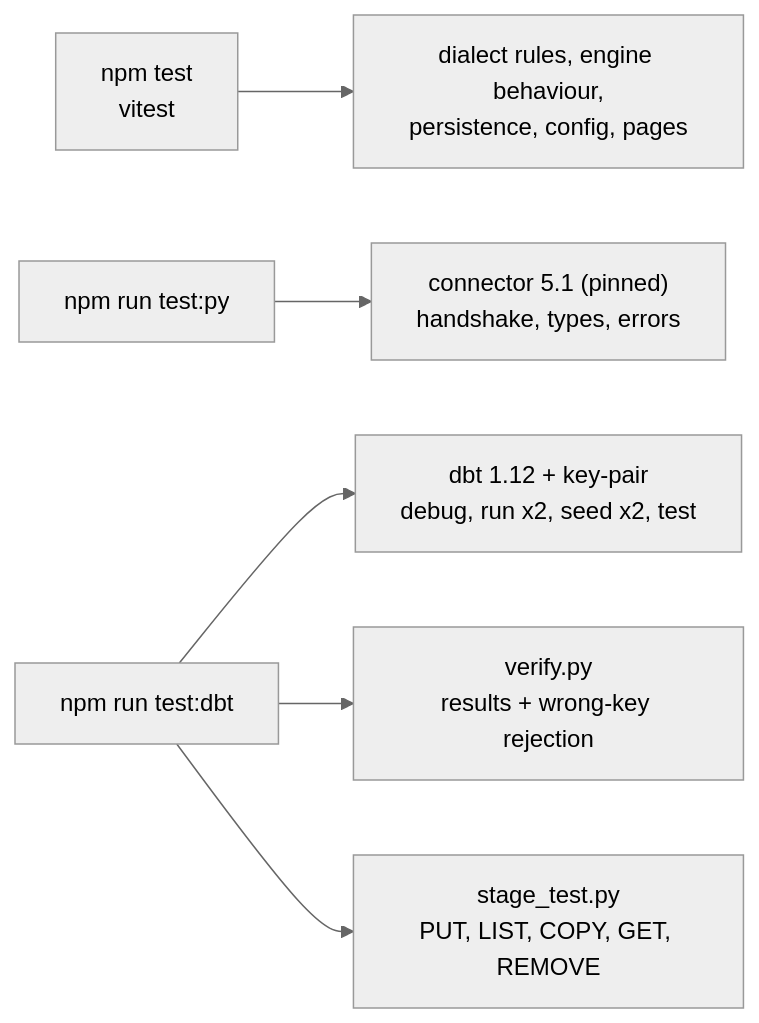
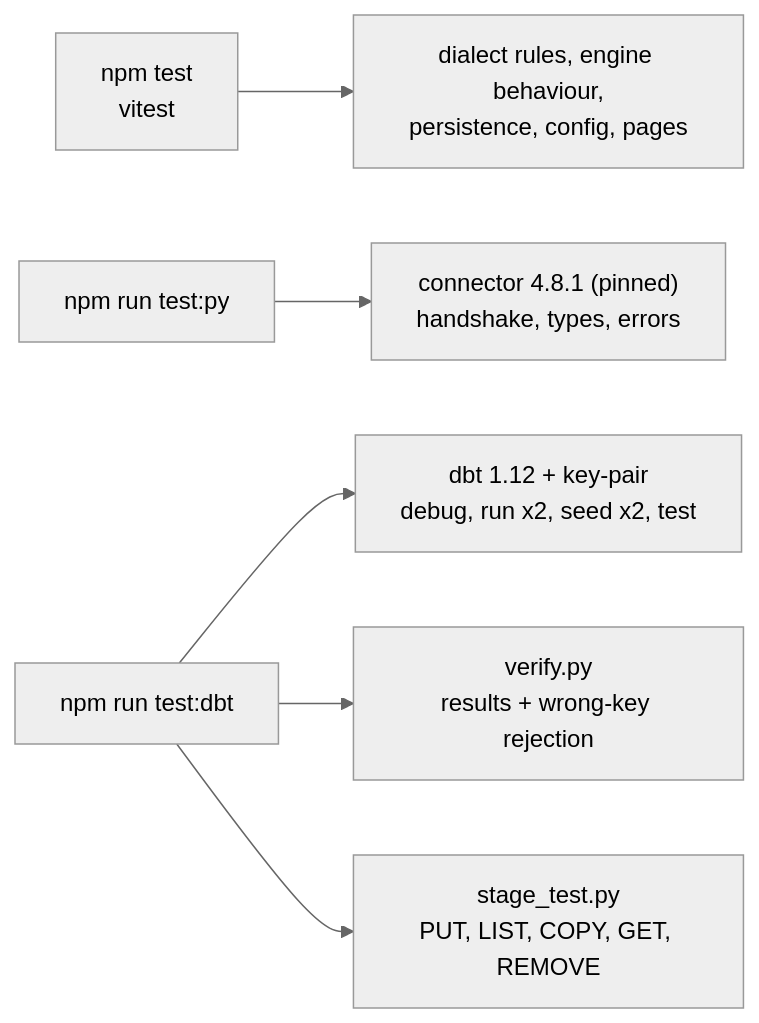
One commit to sri369c/SnowTest changed the sixth of 6 diagrams in docs/design.md. Above: the diagram before and after it, drawn with Mermaid (neutral theme). The commit also changed other lines of this file and 8 other files, not shown here.

````diff
--- a/docs/design.md
+++ b/docs/design.md
@@ -435,8 +435,8 @@
 ```mermaid
 flowchart LR
   A["npm test<br/>vitest"] --> A1["dialect rules, engine behaviour,<br/>persistence, config, pages"]
-  B["npm run test:py"] --> B1["connector 5.1 (pinned)<br/>handshake, types, errors"]
+  B["npm run test:py"] --> B1["connector 4.8.1 (pinned)<br/>handshake, types, errors"]
   C["npm run test:dbt"] --> C1["dbt 1.12 + key-pair<br/>debug, run x2, seed x2, test"]
   C --> C2["verify.py<br/>results + wrong-key rejection"]
   C --> C3["stage_test.py<br/>PUT, LIST, COPY, GET, REMOVE"]
 ```
````
